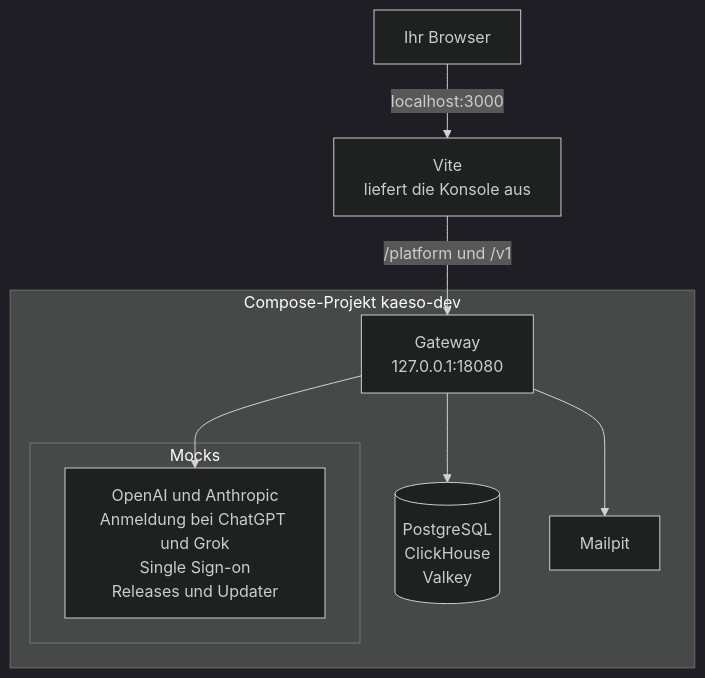
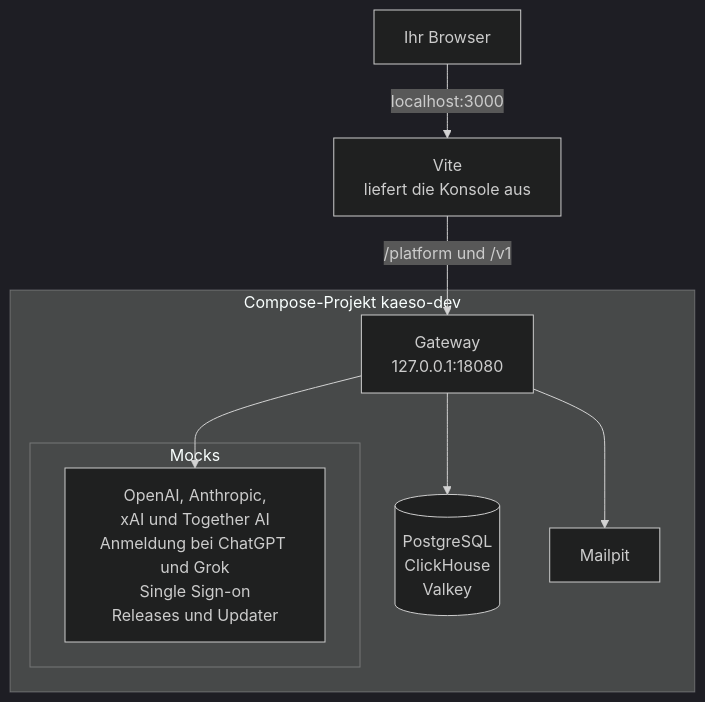
The diagram in apps/docs/content/de/development/stack.md (logicplanes/kaeso), drawn with Mermaid (dark theme) before and after one commit. The commit also changed other lines of this file and 33 other files, not shown here.

````diff
--- a/apps/docs/content/de/development/stack.md
+++ b/apps/docs/content/de/development/stack.md
@@ -9,18 +9,18 @@
 ```mermaid
 flowchart TD
   accTitle: Der Entwicklungs-Stack
   accDescr: Ihr Browser öffnet Vite auf localhost:3000. Vite liefert die Konsole aus und leitet /platform und /v1 an das Gateway auf 127.0.0.1:18080 weiter. Das Gateway läuft im Compose-Projekt kaeso-dev mit PostgreSQL, ClickHouse und Valkey und ruft die Mock-Anbieter, den Mock für ChatGPT- und Grok-Anmeldung, den Mock für Single Sign-on, die Mock-Releases und den Mock-Updater sowie Mailpit auf.
   browser[Ihr Browser]:::outside -- localhost:3000 --> vite[Vite<br>liefert die Konsole aus]
   vite -- /platform und /v1 --> gateway
   subgraph stack [Compose-Projekt kaeso-dev]
     gateway[Gateway<br>127.0.0.1:18080]:::accent
     data[(PostgreSQL<br>ClickHouse<br>Valkey)]
     subgraph mock [Mocks]
-      mocks[OpenAI und Anthropic<br>Anmeldung bei ChatGPT und Grok<br>Single Sign-on<br>Releases und Updater]
+      mocks[OpenAI, Anthropic,<br>xAI und Together AI<br>Anmeldung bei ChatGPT und Grok<br>Single Sign-on<br>Releases und Updater]
     end
     mail[Mailpit]
   end
   gateway --> data
   gateway --> mocks
   gateway --> mail
 ```
````
